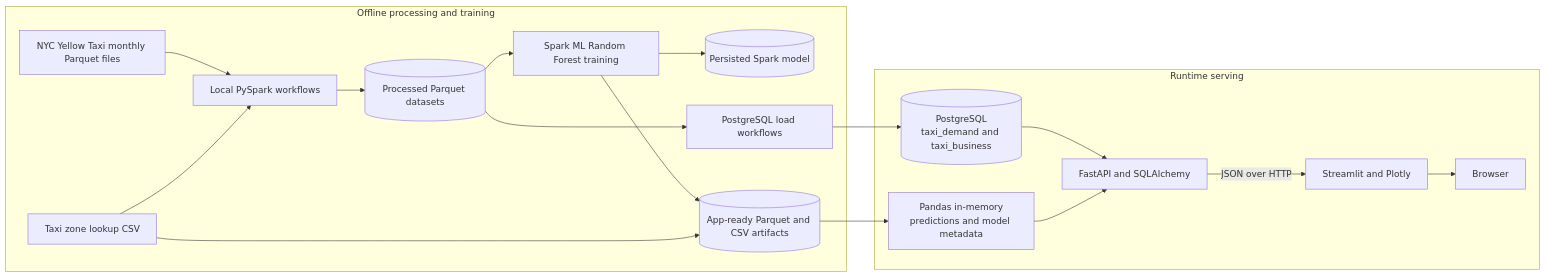
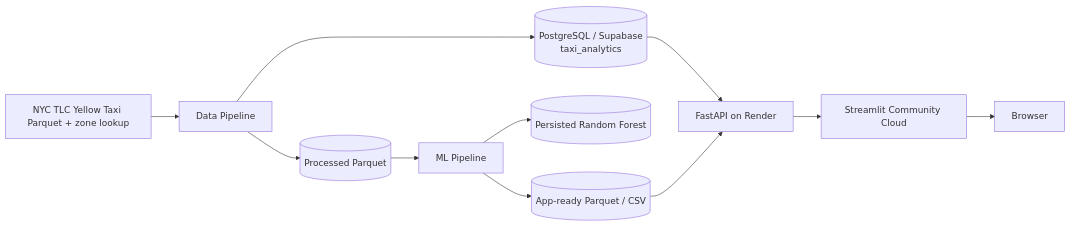
One commit to georgeballa7/NycTaxiDemandForecasting changed the first of 3 diagrams in docs/architecture.md. Above: the diagram before and after it, drawn with Mermaid. The commit also changed other lines of this file and 4 other files, not shown here.

Commit message:
docs: update architecture and pipeline documentation

````diff
--- a/docs/architecture.md
+++ b/docs/architecture.md
@@ -21,37 +21,13 @@
 ```mermaid
 flowchart LR
-    subgraph Offline[Offline processing and training]
-        TLC[NYC Yellow Taxi monthly Parquet files]
-        ZL[Taxi zone lookup CSV]
-        SP[Local PySpark workflows]
-        PP[(Processed Parquet datasets)]
-        ML[Spark ML Random Forest training]
-        MODEL[(Persisted Spark model)]
-        APP[(App-ready Parquet and CSV artifacts)]
-        LOAD[PostgreSQL load workflows]
-
-        TLC --> SP
-        ZL --> SP
-        SP --> PP
-        PP --> ML
-        ML --> MODEL
-        ML --> APP
-        PP --> LOAD
-        ZL --> APP
-    end
-
-    subgraph Runtime[Runtime serving]
-        DB[(PostgreSQL\ntaxi_demand and taxi_business)]
-        API[FastAPI and SQLAlchemy]
-        PD[Pandas in-memory\npredictions and model metadata]
-        UI[Streamlit and Plotly]
-        USER[Browser]
-
-        LOAD --> DB
-        APP --> PD
-        DB --> API
-        PD --> API
-        API -->|JSON over HTTP| UI
-        UI --> USER
-    end
+    RAW[NYC TLC Yellow Taxi Parquet + zone lookup] --> DATA[Data Pipeline]
+    DATA --> PP[(Processed Parquet)]
+    DATA --> DB[(PostgreSQL / Supabase\ntaxi_analytics)]
+    PP --> ML[ML Pipeline]
+    ML --> MODEL[(Persisted Random Forest)]
+    ML --> APP[(App-ready Parquet / CSV)]
+    DB --> API[FastAPI on Render]
+    APP --> API
+    API --> UI[Streamlit Community Cloud]
+    UI --> USER[Browser]
 ```
````
